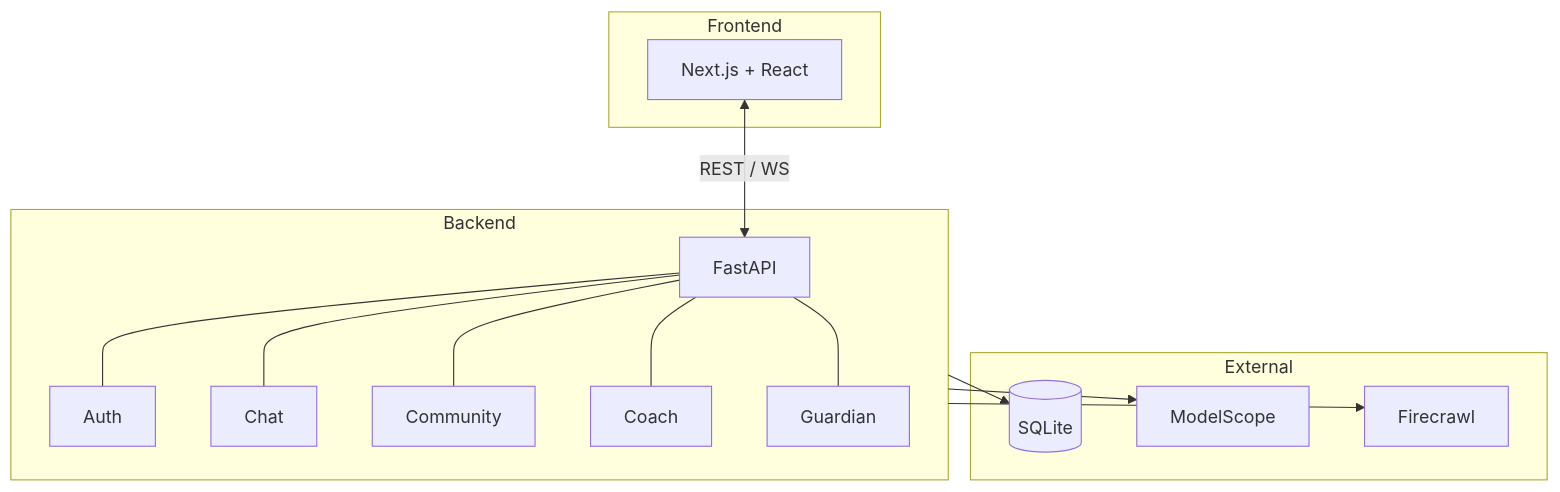
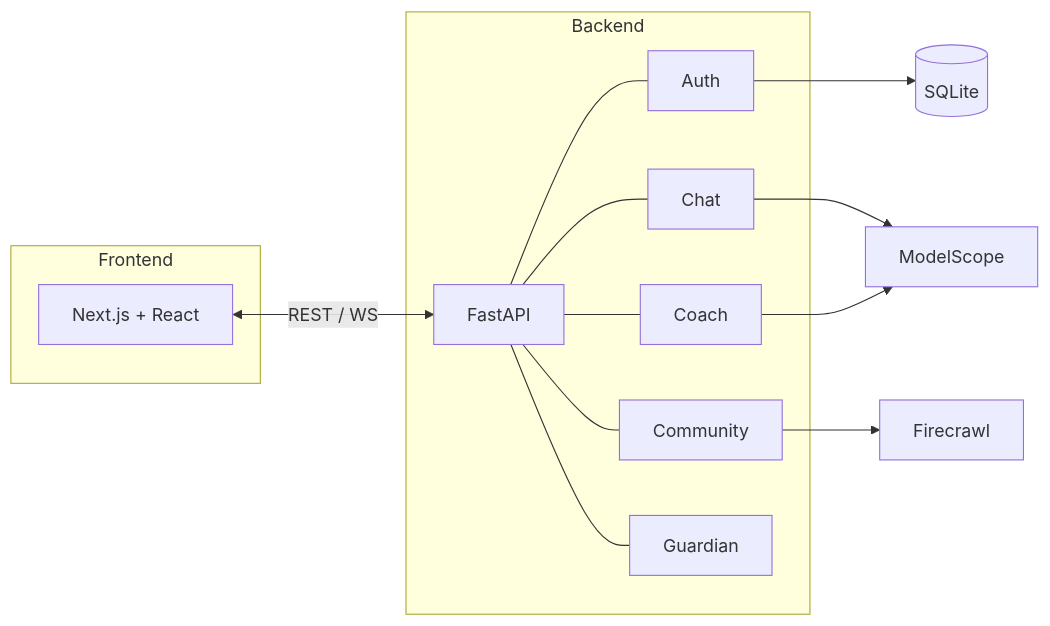
The second of 2 diagrams in docs/architecture.md (koishi510/MomShell), drawn with Mermaid before and after one commit.

````diff
--- a/docs/architecture.md
+++ b/docs/architecture.md
@@ -149,27 +149,23 @@
 ```mermaid
-flowchart TD
+flowchart LR
     subgraph FE[Frontend]
         UI[Next.js + React]
     end
 
     subgraph BE[Backend]
         API[FastAPI]
         Auth[Auth]
         Chat[Chat]
         Community[Community]
         Coach[Coach]
         Guardian[Guardian]
     end
 
-    subgraph EXT[External]
-        DB[(SQLite)]
-        LLM[ModelScope]
-        Search[Firecrawl]
-    end
-
     UI <-->|REST / WS| API
     API --- Auth & Chat & Community & Coach & Guardian
-    BE --> DB
-    BE --> LLM
-    BE --> Search
+
+    Auth --> DB[(SQLite)]
+    Chat --> LLM[ModelScope]
+    Coach --> LLM
+    Community --> Search[Firecrawl]
 ```
````
